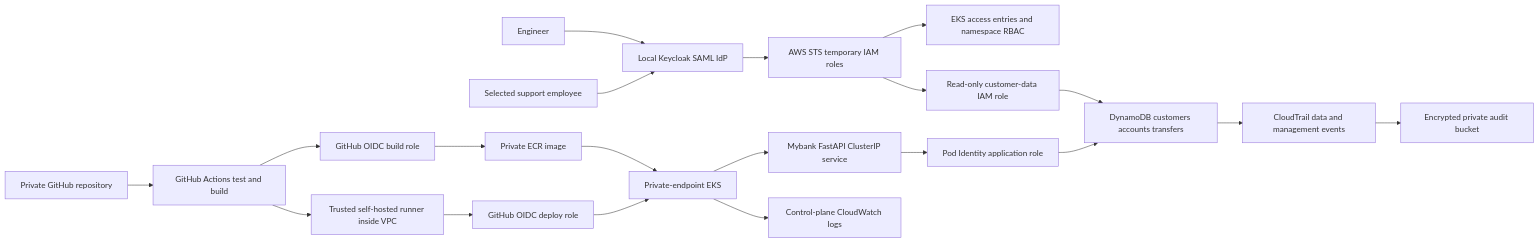
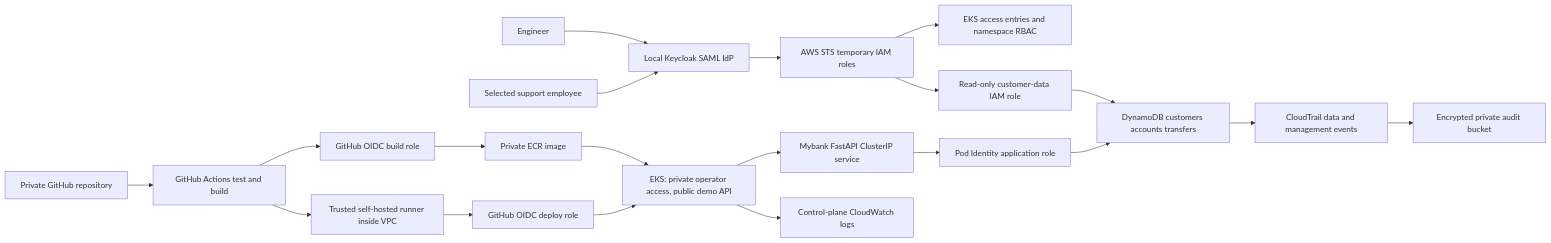
Before and after one commit to aleduenas/ci-identity-heist-demo: the diagram in docs/architecture.md, drawn with Mermaid. The commit also changed other lines of this file and 25 other files, not shown here.

````diff
--- a/docs/architecture.md
+++ b/docs/architecture.md
@@ -11,22 +11,22 @@
 ```mermaid
 flowchart LR
   Engineer[Engineer] --> KC[Local Keycloak SAML IdP]
   Support[Selected support employee] --> KC
   KC --> STS[AWS STS temporary IAM roles]
   STS --> Access[EKS access entries and namespace RBAC]
   STS --> Read[Read-only customer-data IAM role]
   Repo[Private GitHub repository] --> CI[GitHub Actions test and build]
   CI --> OIDC[GitHub OIDC build role]
   OIDC --> ECR[Private ECR image]
   CI --> CD[Trusted self-hosted runner inside VPC]
   CD --> Deploy[GitHub OIDC deploy role]
-  Deploy --> EKS[Private-endpoint EKS]
+  Deploy --> EKS[EKS: private operator access, public demo API]
   ECR --> EKS
   EKS --> API[Mybank FastAPI ClusterIP service]
   API --> Pod[Pod Identity application role]
   Pod --> DB[DynamoDB customers accounts transfers]
   Read --> DB
   EKS --> Logs[Control-plane CloudWatch logs]
   DB --> Trail[CloudTrail data and management events]
   Trail --> S3[Encrypted private audit bucket]
 ```
````
